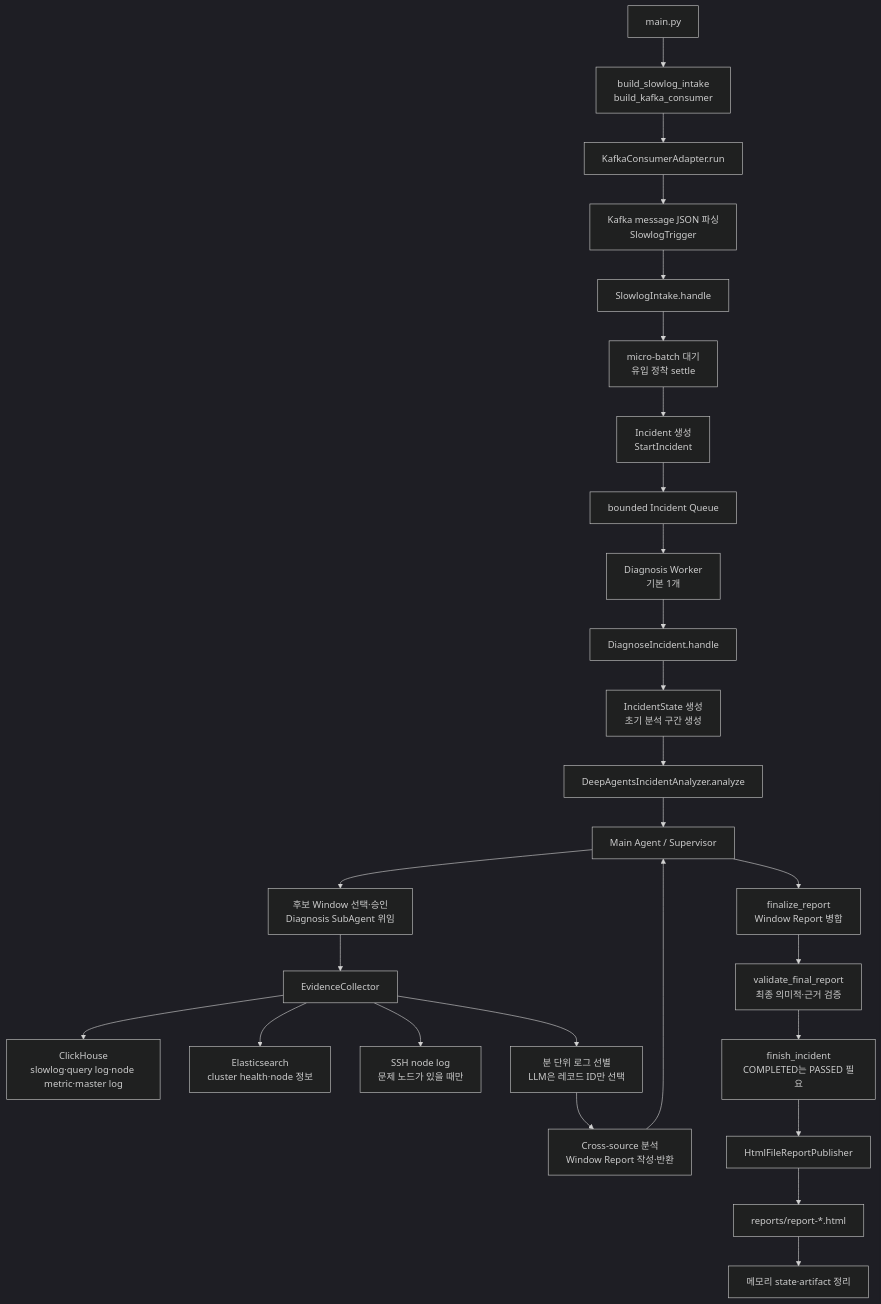
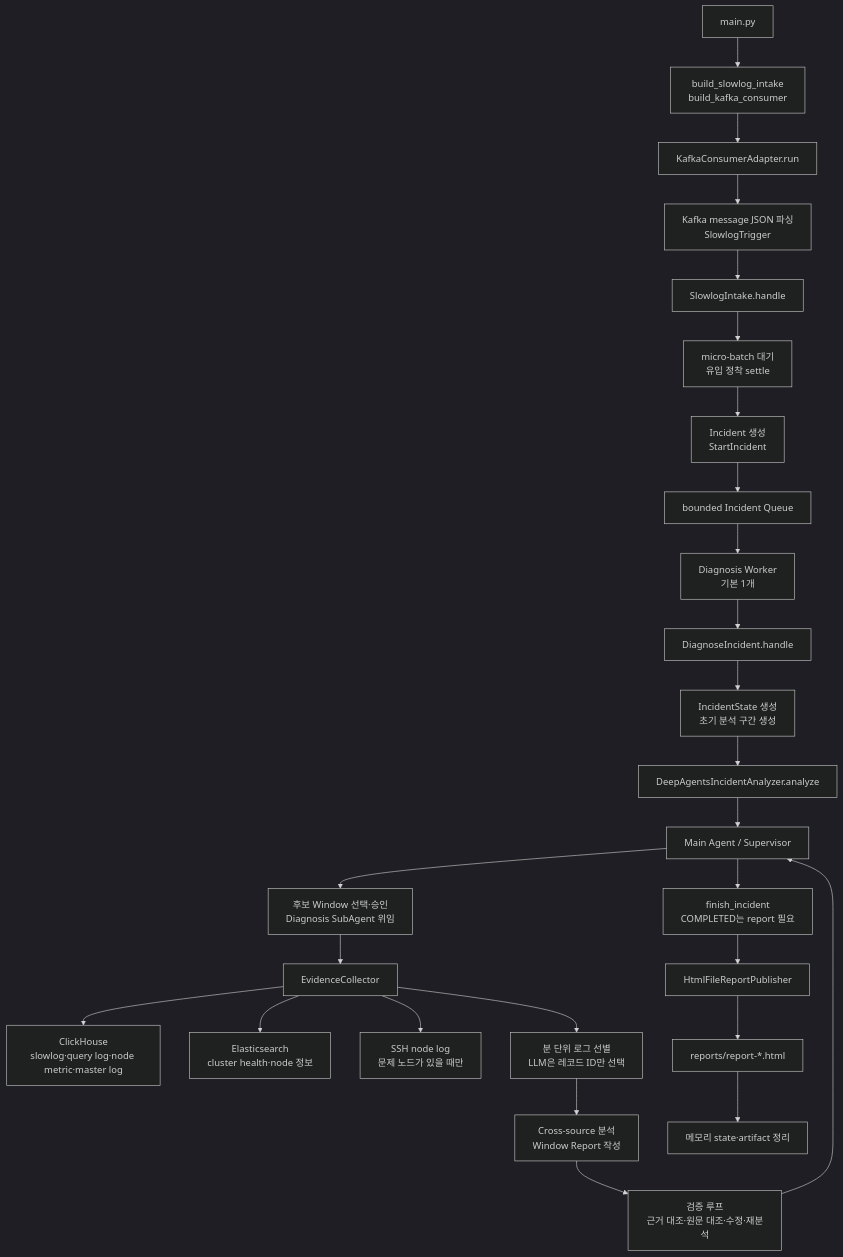
One commit to BaektotheFuture98/ClusterDoctor changed the diagram in README.md. Above: the diagram before and after it, drawn with Mermaid (dark theme). The commit also changed other lines of this file and 3 other files, not shown here.

````diff
--- a/README.md
+++ b/README.md
@@ -259,29 +263,28 @@
 ```mermaid
 flowchart TD
     A[main.py] --> B[build_slowlog_intake<br/>build_kafka_consumer]
     B --> C[KafkaConsumerAdapter.run]
     C --> D[Kafka message JSON 파싱<br/>SlowlogTrigger]
     D --> E[SlowlogIntake.handle]
     E --> F[micro-batch 대기<br/>유입 정착 settle]
     F --> G[Incident 생성<br/>StartIncident]
     G --> GQ[bounded Incident Queue]
     GQ --> GW[Diagnosis Worker<br/>기본 1개]
     GW --> H[DiagnoseIncident.handle]
     H --> I[IncidentState 생성<br/>초기 분석 구간 생성]
     I --> J[DeepAgentsIncidentAnalyzer.analyze]
     J --> K[Main Agent / Supervisor]
     K --> L[후보 Window 선택·승인<br/>Diagnosis SubAgent 위임]
     L --> M[EvidenceCollector]
     M --> N[ClickHouse<br/>slowlog·query log·node metric·master log]
     M --> O[Elasticsearch<br/>cluster health·node 정보]
     M --> P[SSH node log<br/>문제 노드가 있을 때만]
     M --> Q[분 단위 로그 선별<br/>LLM은 레코드 ID만 선택]
-    Q --> R[Cross-source 분석<br/>Window Report 작성·반환]
-    R --> K
-    K --> T[finalize_report<br/>Window Report 병합]
-    T --> S[validate_final_report<br/>최종 의미적·근거 검증]
-    S --> SF[finish_incident<br/>COMPLETED는 PASSED 필요]
+    Q --> R[Cross-source 분석<br/>Window Report 작성]
+    R --> S[검증 루프<br/>근거 대조·원문 대조·수정·재분석]
+    S --> K
+    K --> SF[finish_incident<br/>COMPLETED는 report 필요]
     SF --> U[HtmlFileReportPublisher]
     U --> V[reports/report-*.html]
     V --> W[메모리 state·artifact 정리]
 ```
````
